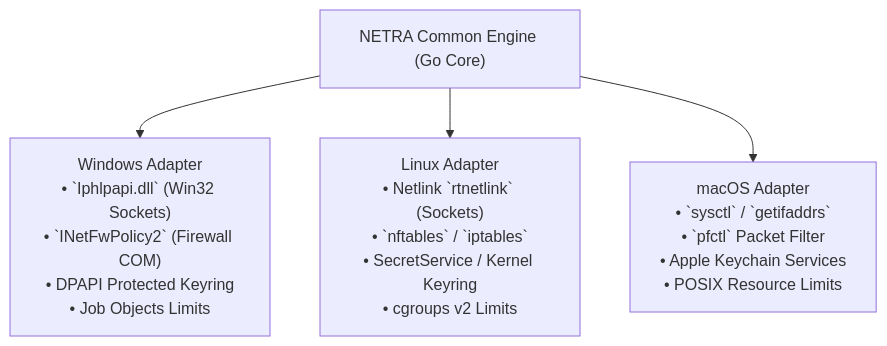
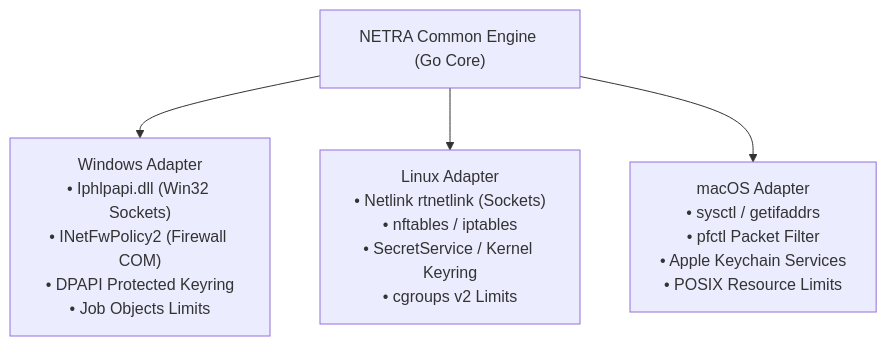
One commit to Subhadip-Paul2006/NETRA-Backend changed the first of 2 diagrams in docs/OS_VERSATILE.md. Above: the diagram before and after it, drawn with Mermaid. The commit also changed 14 other files, not shown here.

Commit message:
fix(docs): resolve GitHub Mermaid diagram lexical errors and KaTeX math formatting across all specifications

````diff
--- a/docs/OS_VERSATILE.md
+++ b/docs/OS_VERSATILE.md
@@ -30,8 +30,8 @@
 ```mermaid
 flowchart TD
     Core["NETRA Common Engine (Go Core)"]
 
-    Core --> WinAdapter["Windows Adapter<br/>• `Iphlpapi.dll` (Win32 Sockets)<br/>• `INetFwPolicy2` (Firewall COM)<br/>• DPAPI Protected Keyring<br/>• Job Objects Limits"]
-    Core --> LinuxAdapter["Linux Adapter<br/>• Netlink `rtnetlink` (Sockets)<br/>• `nftables` / `iptables`<br/>• SecretService / Kernel Keyring<br/>• cgroups v2 Limits"]
-    Core --> MacAdapter["macOS Adapter<br/>• `sysctl` / `getifaddrs`<br/>• `pfctl` Packet Filter<br/>• Apple Keychain Services<br/>• POSIX Resource Limits"]
+    Core --> WinAdapter["Windows Adapter<br/>• Iphlpapi.dll (Win32 Sockets)<br/>• INetFwPolicy2 (Firewall COM)<br/>• DPAPI Protected Keyring<br/>• Job Objects Limits"]
+    Core --> LinuxAdapter["Linux Adapter<br/>• Netlink rtnetlink (Sockets)<br/>• nftables / iptables<br/>• SecretService / Kernel Keyring<br/>• cgroups v2 Limits"]
+    Core --> MacAdapter["macOS Adapter<br/>• sysctl / getifaddrs<br/>• pfctl Packet Filter<br/>• Apple Keychain Services<br/>• POSIX Resource Limits"]
 ```
````
